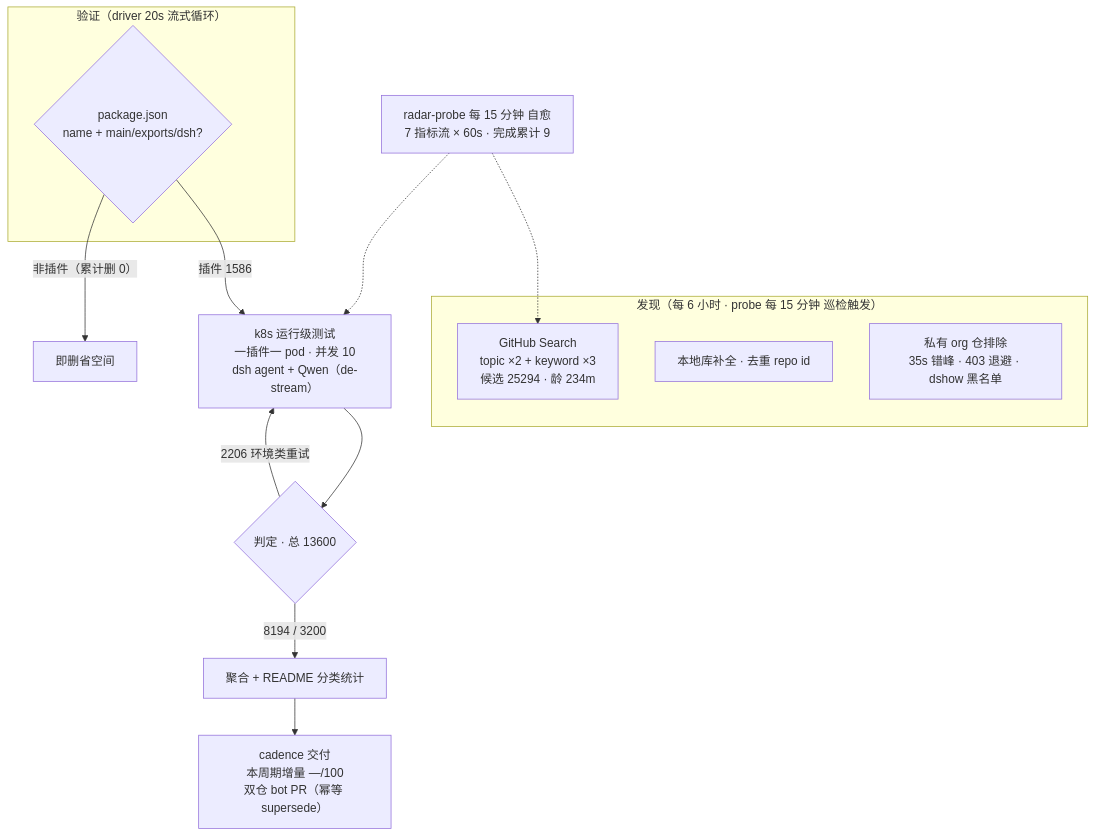
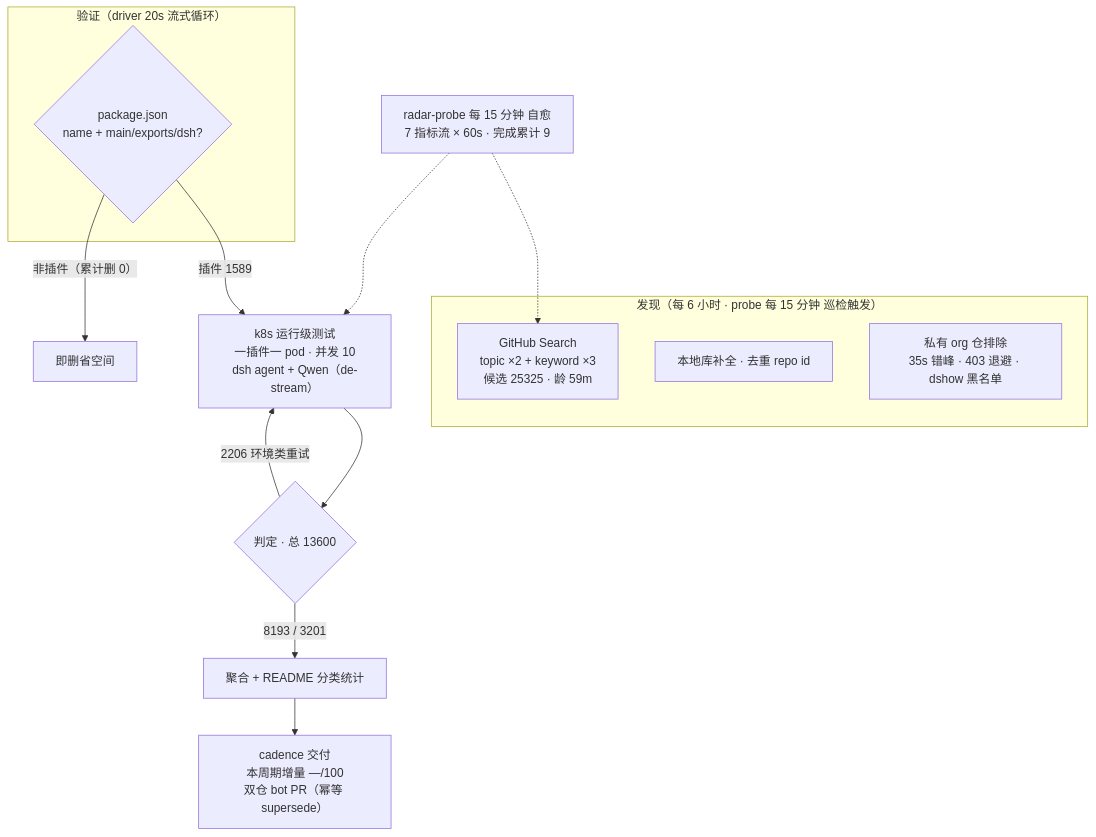
Before and after one commit to Zhidao-Lab-OSS/awesome-dsh-plugins: the diagram in README.md, drawn with Mermaid. The commit also changed other lines of this file and 1 other file, not shown here.

````diff
--- a/README.md
+++ b/README.md
@@ -99,20 +99,20 @@
 ```mermaid
 flowchart TB
     subgraph Discovery["发现（每 6 小时 · probe 每 15 分钟 巡检触发）"]
-        A1["GitHub Search<br/>topic ×2 + keyword ×3<br/>候选 25294 · 龄 234m"]
+        A1["GitHub Search<br/>topic ×2 + keyword ×3<br/>候选 25325 · 龄 59m"]
         A2["本地库补全 · 去重 repo id"]
         A3["私有 org 仓排除<br/>35s 错峰 · 403 退避 · dshow 黑名单"]
     end
     subgraph Validation["验证（driver 20s 流式循环）"]
         B1{"package.json<br/>name + main/exports/dsh?"}
     end
-    B1 -->|"插件 1586"| C1["k8s 运行级测试<br/>一插件一 pod · 并发 10<br/>dsh agent + Qwen（de-stream）"]
+    B1 -->|"插件 1589"| C1["k8s 运行级测试<br/>一插件一 pod · 并发 10<br/>dsh agent + Qwen（de-stream）"]
     B1 -->|"非插件（累计删 0）"| B3["即删省空间"]
     C1 --> D1{"判定 · 总 13600"}
-    D1 -->|"8194 / 3200"| E1["聚合 + README 分类统计"]
+    D1 -->|"8193 / 3201"| E1["聚合 + README 分类统计"]
     D1 -->|"2206 环境类重试"| C1
     E1 --> E2["cadence 交付<br/>本周期增量 —/100<br/>双仓 bot PR（幂等 supersede）"]
     M["radar-probe 每 15 分钟 自愈<br/>7 指标流 × 60s · 完成累计 9"]
     M -.-> A1
     M -.-> C1
 ```
````
